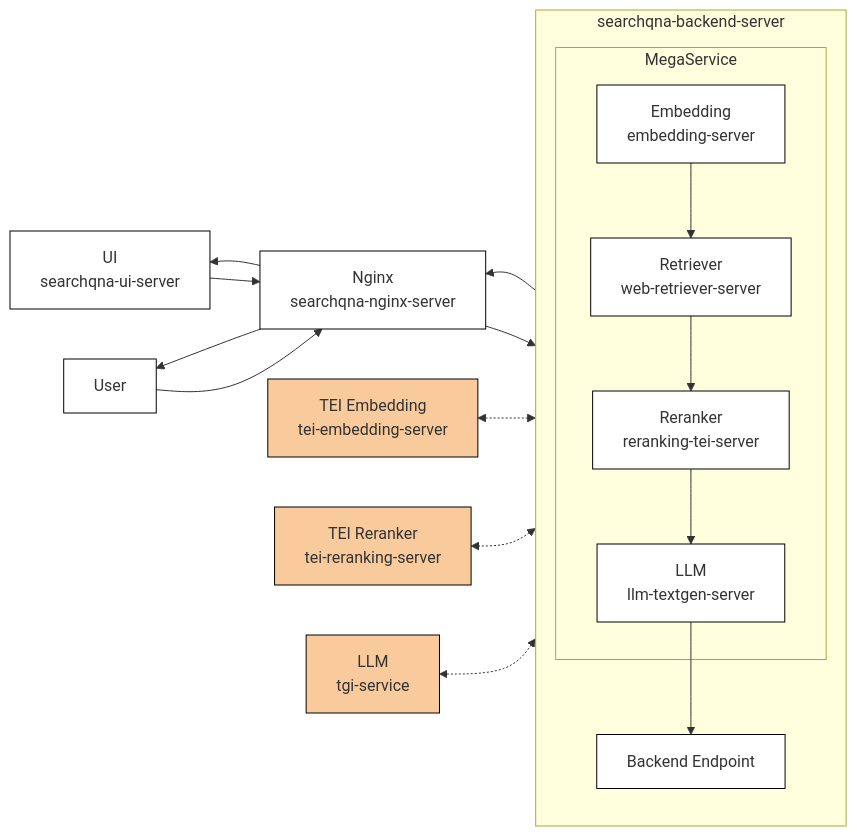
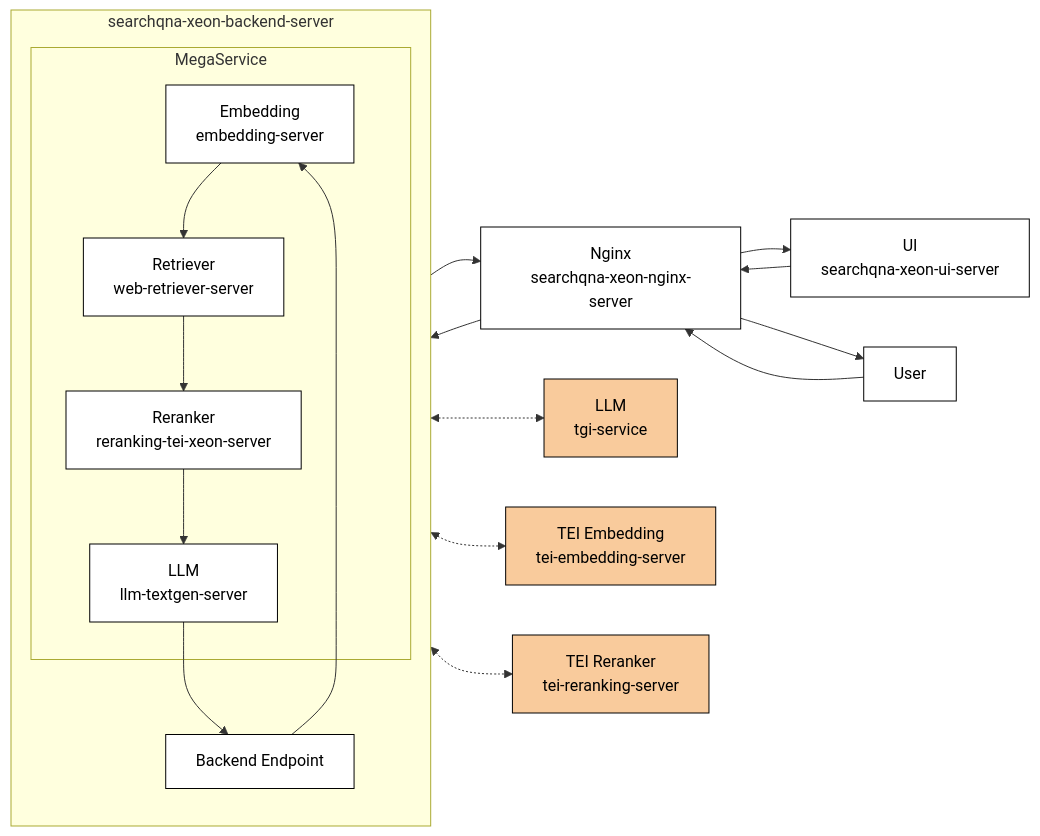
One commit to opea-project/GenAIExamples changed the diagram in SearchQnA/README.md. Above: the diagram before and after it, drawn with Mermaid.

Commit message:
Format the microservice chart

````diff
--- a/SearchQnA/README.md
+++ b/SearchQnA/README.md
@@ -25,36 +25,34 @@
 ```mermaid
----
-config:
-  layout: fixed
----
-flowchart RL
- subgraph MegaService["MegaService"]
-        LLM["LLM<br>llm-textgen-server"]
-        Reranker["Reranker<br>reranking-tei-server"]
-        Retriever["Retriever<br>web-retriever-server"]
-        Embedding["Embedding<br>embedding-server"]
-  end
- subgraph Backend["searchqna-backend-server"]
-    direction TB
-        MegaService
-        Gateway["Backend Endpoint"]
-  end
-    User["User"] --> Nginx["Nginx<br>searchqna-nginx-server"]
-    Nginx --> UI["UI<br>searchqna-ui-server"] & Gateway & User
+flowchart LR
+    User["User"] --> Nginx["Nginx<br>searchqna-xeon-nginx-server"]
+    Nginx --> UI["UI<br>searchqna-xeon-ui-server"] & Gateway & User
     UI --> Nginx
-    Gateway --> Nginx
+    Gateway --> Nginx & Embedding
     Embedding --> Retriever
     Retriever --> Reranker
     Reranker --> LLM
     LLM --> Gateway
+    LLM <-.-> TGI_Service["LLM<br>tgi-service"]
     Embedding <-.-> TEI_Embedding["TEI Embedding<br>tei-embedding-server"]
     Reranker <-.-> TEI_Reranker["TEI Reranker<br>tei-reranking-server"]
-    LLM <-.-> TGI_Service["LLM<br>tgi-service"]
+
      TEI_Embedding:::ext
      TEI_Reranker:::ext
      TGI_Service:::ext
-    classDef default fill:#fff,stroke:#000
-    classDef ext fill:#f9cb9c,stroke:#000
+
+ subgraph MegaService["MegaService"]
+        LLM["LLM<br>llm-textgen-server"]
+        Reranker["Reranker<br>reranking-tei-xeon-server"]
+        Retriever["Retriever<br>web-retriever-server"]
+        Embedding["Embedding<br>embedding-server"]
+  end
+ subgraph Backend["searchqna-xeon-backend-server"]
+    direction TB
+        MegaService
+        Gateway["Backend Endpoint"]
+ end
+    classDef default fill:#fff,stroke:#000,color:#000
+    classDef ext fill:#f9cb9c,stroke:#000,color:#000
     style MegaService margin-top:20px,margin-bottom:20px
 
 ```
````
